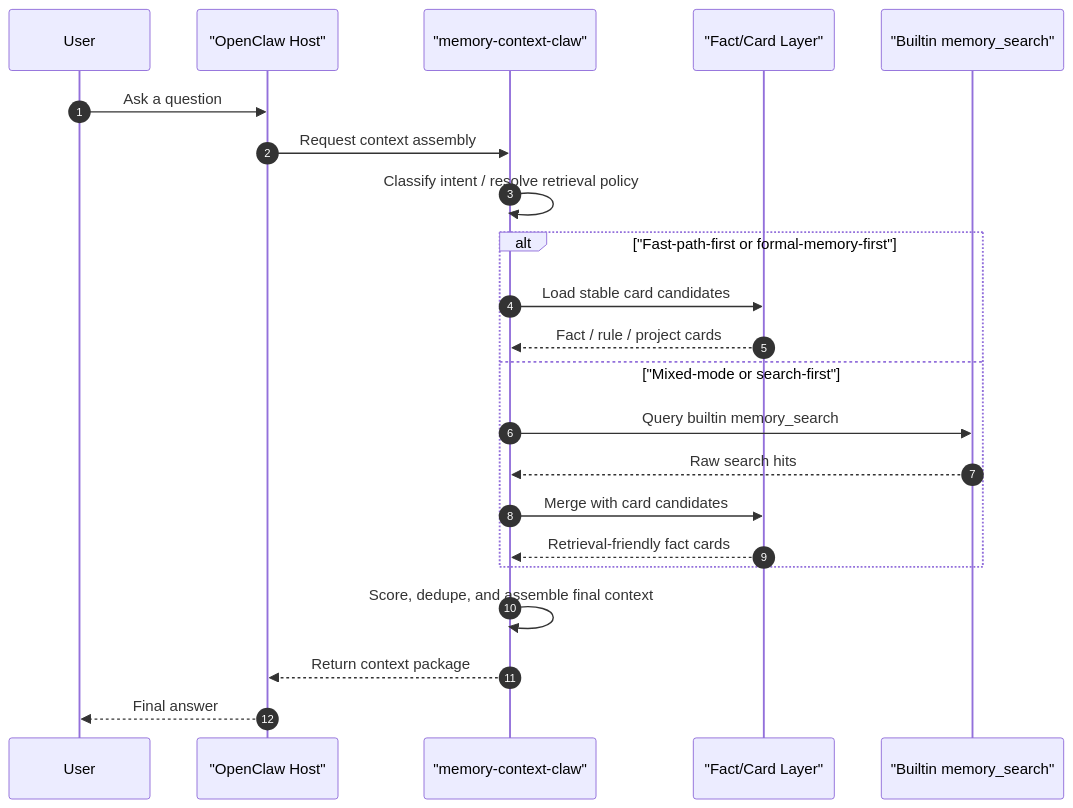
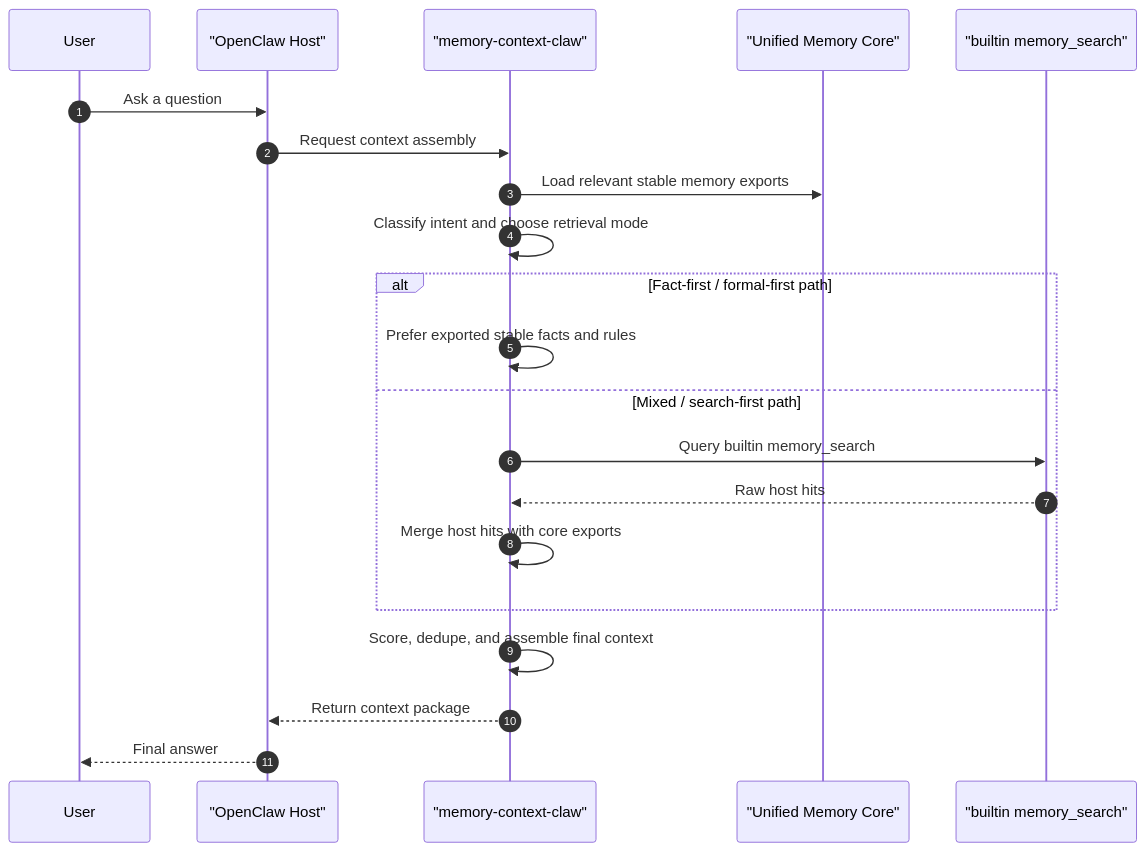
Before and after one commit to redcreen/memory-context-claw: the fourth of 12 diagrams in system-architecture.md, drawn with Mermaid. The commit also changed other lines of this file and 5 other files, not shown here.

Commit message:
Refresh top-level architecture docs

````diff
--- a/system-architecture.md
+++ b/system-architecture.md
@@ -97,27 +220,26 @@
 ```mermaid
 sequenceDiagram
     autonumber
     participant User
     participant Host as "OpenClaw Host"
-    participant Plugin as "memory-context-claw"
-    participant Cards as "Fact/Card Layer"
-    participant Search as "Builtin memory_search"
+    participant Adapter as "memory-context-claw"
+    participant Core as "Unified Memory Core"
+    participant Search as "builtin memory_search"
 
     User->>Host: Ask a question
-    Host->>Plugin: Request context assembly
-    Plugin->>Plugin: Classify intent / resolve retrieval policy
+    Host->>Adapter: Request context assembly
+    Adapter->>Core: Load relevant stable memory exports
+    Adapter->>Adapter: Classify intent and choose retrieval mode
 
-    alt "Fast-path-first or formal-memory-first"
-        Plugin->>Cards: Load stable card candidates
-        Cards-->>Plugin: Fact / rule / project cards
-    else "Mixed-mode or search-first"
-        Plugin->>Search: Query builtin memory_search
-        Search-->>Plugin: Raw search hits
-        Plugin->>Cards: Merge with card candidates
-        Cards-->>Plugin: Retrieval-friendly fact cards
+    alt Fact-first / formal-first path
+        Adapter->>Adapter: Prefer exported stable facts and rules
+    else Mixed / search-first path
+        Adapter->>Search: Query builtin memory_search
+        Search-->>Adapter: Raw host hits
+        Adapter->>Adapter: Merge host hits with core exports
     end
 
-    Plugin->>Plugin: Score, dedupe, and assemble final context
-    Plugin-->>Host: Return context package
+    Adapter->>Adapter: Score, dedupe, and assemble final context
+    Adapter-->>Host: Return context package
     Host-->>User: Final answer
 ```
````
